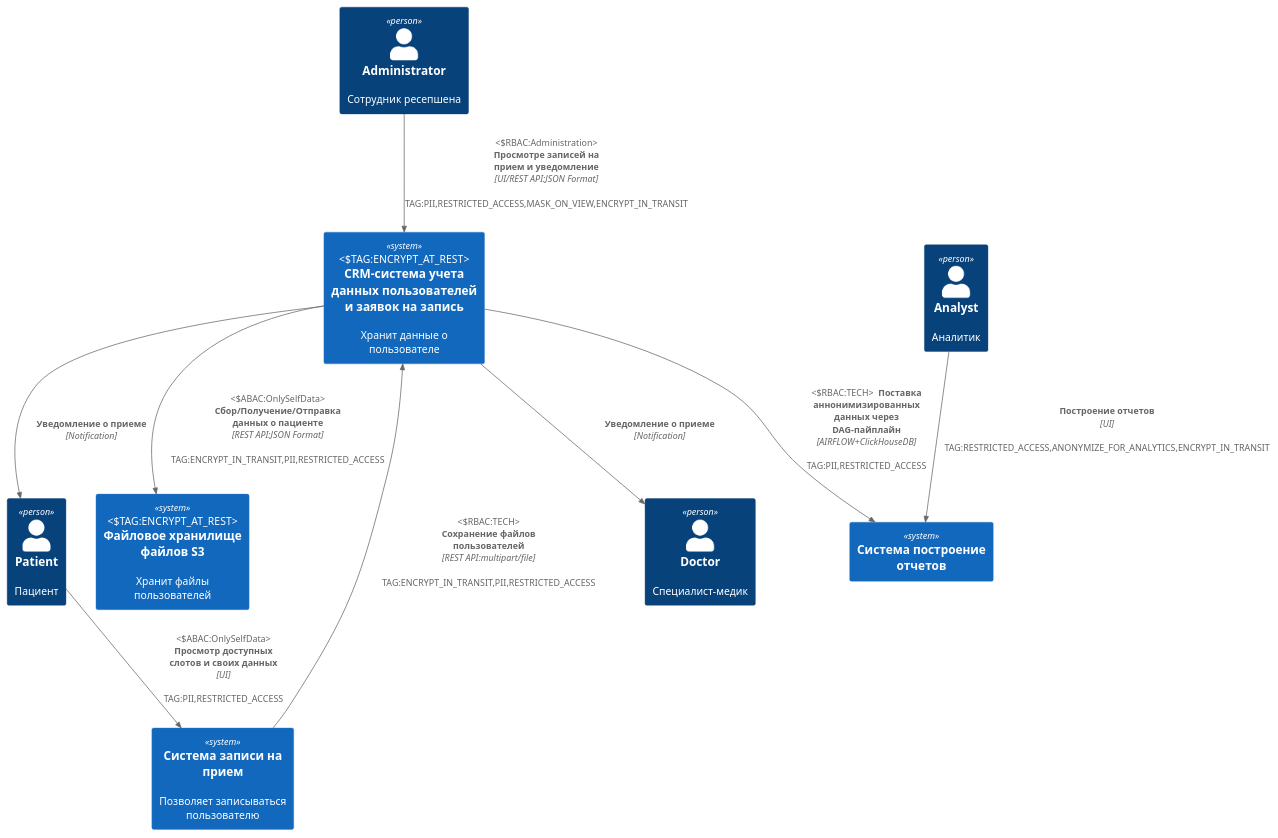
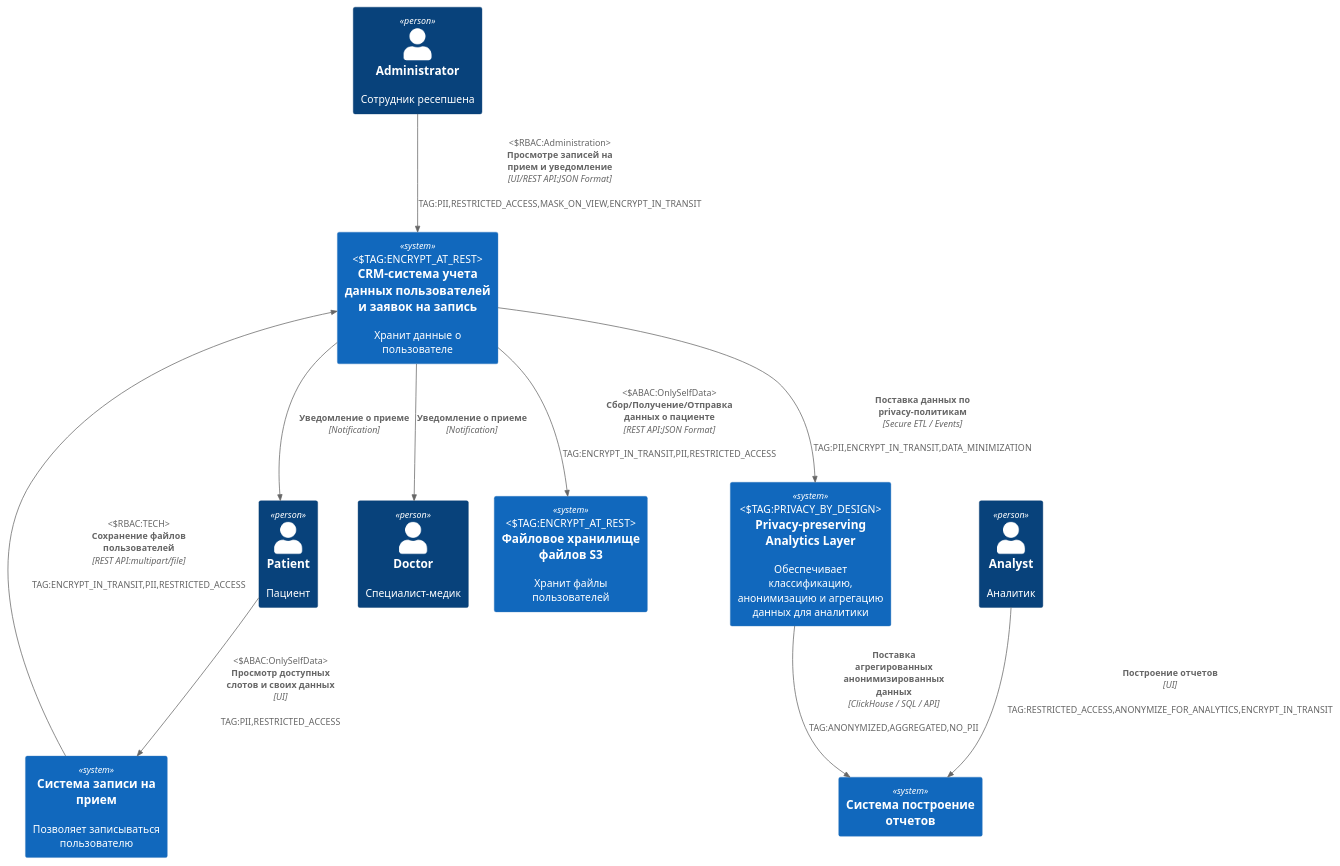
One commit to StephPunkFromSamara/architecture-medikamente changed the diagram in Task2/diagramOfContext.puml. Above: the diagram before and after it, drawn with PlantUML. The commit also changed 1 other file, not shown here.

```diff
--- a/Task2/diagramOfContext.puml
+++ b/Task2/diagramOfContext.puml
@@ -1,20 +1,24 @@
 @startuml
 !include C4_Context.puml
 
 Person(user, "Administrator", "Сотрудник ресепшена")
 Person(user1, "Patient", "Пациент")
 Person(user2, "Doctor", "Специалист-медик")
 Person(user3, "Analyst", "Аналитик")
+
 System(clientSystem, "Система записи на прием", "Позволяет записываться пользователю")
 System(сliDashBoardSystem, "Система построение отчетов")
 System(crmSystem, "CRM-cистема учета данных пользователей и заявок на запись", "Хранит данные о пользователе","TAG:ENCRYPT_AT_REST")
 System(crmSystemS3, "Файловое хранилище файлов S3", "Хранит файлы пользователей","TAG:ENCRYPT_AT_REST")
 Rel(clientSystem,crmSystem, "Сохранение файлов пользователей","REST API:multipart/file","TAG:ENCRYPT_IN_TRANSIT,PII,RESTRICTED_ACCESS","RBAC:TECH")
 Rel(crmSystem,crmSystemS3,"Сбор/Получение/Отправка данных о пациенте ","REST API:JSON Format","TAG:ENCRYPT_IN_TRANSIT,PII,RESTRICTED_ACCESS","ABAC:OnlySelfData")
 Rel(user,crmSystem, "Просмотре записей на прием и уведомление ","UI/REST API:JSON Format","TAG:PII,RESTRICTED_ACCESS,MASK_ON_VIEW,ENCRYPT_IN_TRANSIT","RBAC:Administration")
 Rel(user1,clientSystem, "Просмотр доступных слотов и своих данных","UI","TAG:PII,RESTRICTED_ACCESS", "ABAC:OnlySelfData")
 Rel(user3,сliDashBoardSystem, "Построение отчетов","UI","TAG:RESTRICTED_ACCESS,ANONYMIZE_FOR_ANALYTICS,ENCRYPT_IN_TRANSIT" )
-Rel(crmSystem,сliDashBoardSystem, " Поставка аннонимизированных данных через DAG-пайплайн","AIRFLOW+ClickHouseDB","TAG:PII,RESTRICTED_ACCESS","RBAC:TECH")
 Rel(crmSystem,user2, "Уведомление о приеме","Notification")
 Rel(crmSystem,user1, "Уведомление о приеме","Notification")
+
+System(privacyLayer, "Privacy-preserving Analytics Layer","Обеспечивает классификацию, анонимизацию и агрегацию данных для аналитики","TAG:PRIVACY_BY_DESIGN")
+Rel(crmSystem, privacyLayer,"Поставка данных по privacy-политикам","Secure ETL / Events","TAG:PII,ENCRYPT_IN_TRANSIT,DATA_MINIMIZATION")
+Rel(privacyLayer, сliDashBoardSystem,"Поставка агрегированных анонимизированных данных","ClickHouse / SQL / API","TAG:ANONYMIZED,AGGREGATED,NO_PII")
  @enduml
```
